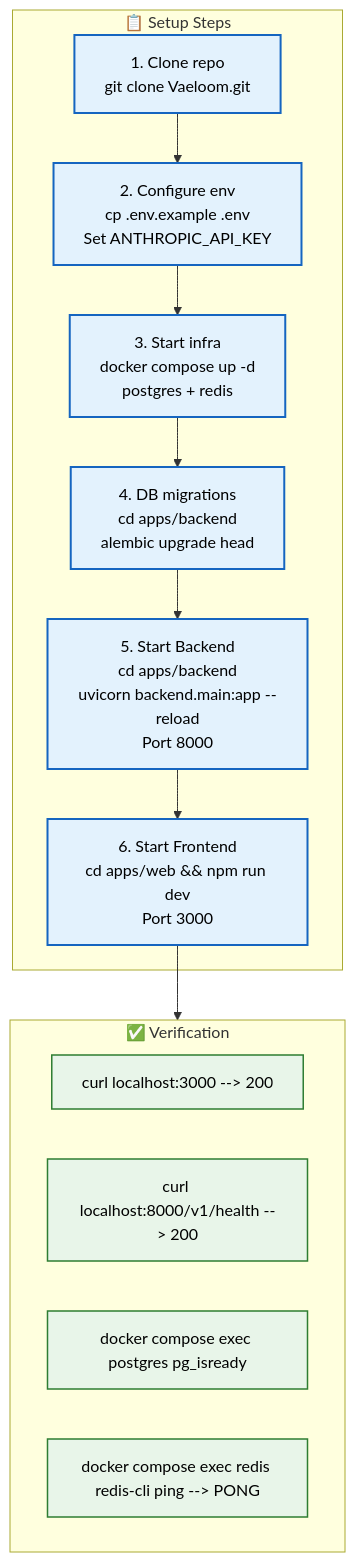
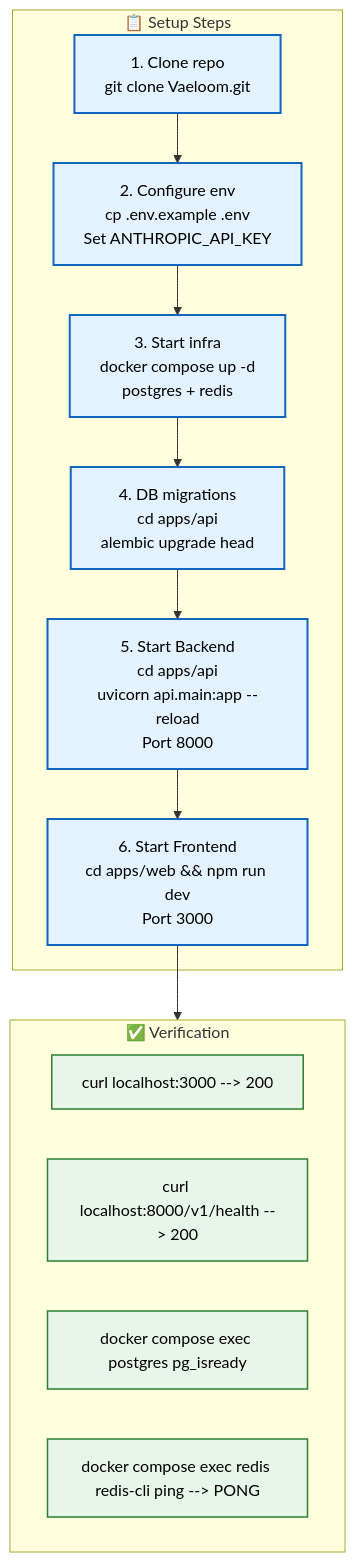
One commit to Driftloom/Vaeloom changed the diagram in docs/developer-experience/Setup.md. Above: the diagram before and after it, drawn with Mermaid. The commit also changed other lines of this file and 730 other files, not shown here.

First line of the commit message:
refactor: rename apps/backend to apps/api + upgrade MVP-P02 prompt

````diff
--- a/docs/developer-experience/Setup.md
+++ b/docs/developer-experience/Setup.md
@@ -11,26 +11,26 @@
 ```mermaid
 graph TD
     classDef step fill:#e3f2fd,stroke:#1565c0,color:#000,stroke-width:2px
     classDef verify fill:#e8f5e9,stroke:#2e7d32,color:#000,stroke-width:1.5px
 
     subgraph Steps["📋 Setup Steps"]
         S1["1. Clone repo<br/>git clone Vaeloom.git"]
         S2["2. Configure env<br/>cp .env.example .env<br/>Set ANTHROPIC_API_KEY"]
         S3["3. Start infra<br/>docker compose up -d<br/>postgres + redis"]
-        S4["4. DB migrations<br/>cd apps/backend<br/>alembic upgrade head"]
-        S5["5. Start Backend<br/>cd apps/backend<br/>uvicorn backend.main:app --reload<br/>Port 8000"]
+        S4["4. DB migrations<br/>cd apps/api<br/>alembic upgrade head"]
+        S5["5. Start Backend<br/>cd apps/api<br/>uvicorn api.main:app --reload<br/>Port 8000"]
         S6["6. Start Frontend<br/>cd apps/web && npm run dev<br/>Port 3000"]
     end
 
     subgraph Verify["✅ Verification"]
         V1["curl localhost:3000 --> 200"]
         V2["curl localhost:8000/v1/health --> 200"]
         V3["docker compose exec postgres pg_isready"]
         V4["docker compose exec redis redis-cli ping --> PONG"]
     end
 
     S1 --> S2 --> S3 --> S4 --> S5 --> S6 --> Verify
 
     class S1,S2,S3,S4,S5,S6 step
     class V1,V2,V3,V4 verify
 ```
````
